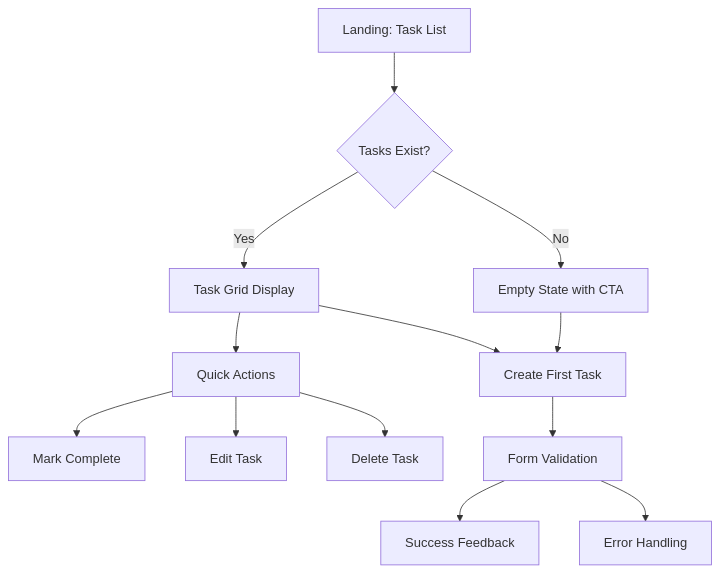
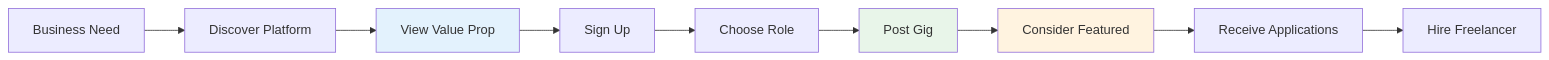
One commit to aransys/quickgigs-django changed the first of 3 diagrams in design.md. Above: the diagram before and after it, drawn with Mermaid. The commit also changed other lines of this file and 14 other files, not shown here.

````diff
--- a/design.md
+++ b/design.md
@@ -125,15 +220,15 @@
 ```mermaid
-graph TD
-    A[Landing: Task List] --> B{Tasks Exist?}
-    B -->|No| C[Empty State with CTA]
-    B -->|Yes| D[Task Grid Display]
-    D --> E[Quick Actions]
-    E --> F[Mark Complete]
-    E --> G[Edit Task]
-    E --> H[Delete Task]
-    C --> I[Create First Task]
-    D --> I
-    I --> J[Form Validation]
-    J --> K[Success Feedback]
-    J --> L[Error Handling]
+graph LR
+    A[Business Need] --> B[Discover Platform]
+    B --> C[View Value Prop]
+    C --> D[Sign Up]
+    D --> E[Choose Role]
+    E --> F[Post Gig]
+    F --> G[Consider Featured]
+    G --> H[Receive Applications]
+    H --> I[Hire Freelancer]
+
+    style C fill:#e3f2fd
+    style F fill:#e8f5e9
+    style G fill:#fff3e0
 ```
````
